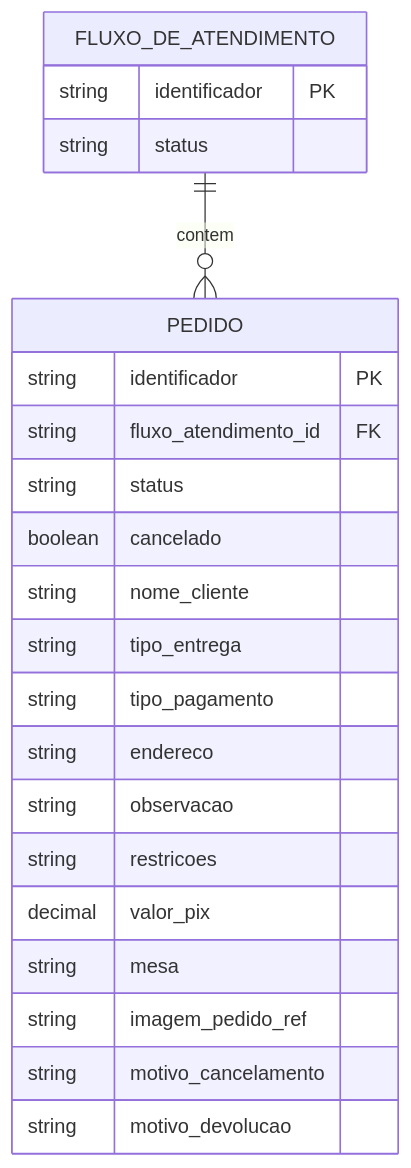
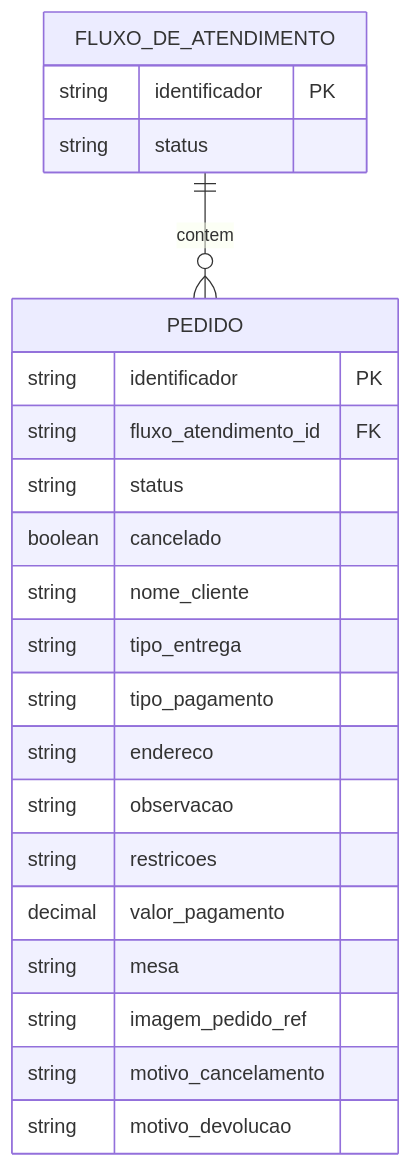
One commit to wmadurodev/forno-da-serra-controle-atendimento-v02 changed the diagram in docs/controle-atendimento-data-structure.md. Above: the diagram before and after it, drawn with Mermaid. The commit also changed other lines of this file and 2 other files, not shown here.

````diff
--- a/docs/controle-atendimento-data-structure.md
+++ b/docs/controle-atendimento-data-structure.md
@@ -18,25 +18,25 @@
 ```mermaid
 erDiagram
     FLUXO_DE_ATENDIMENTO ||--o{ PEDIDO : contem
     FLUXO_DE_ATENDIMENTO {
         string identificador PK
         string status
     }
     PEDIDO {
         string identificador PK
         string fluxo_atendimento_id FK
         string status
         boolean cancelado
         string nome_cliente
         string tipo_entrega
         string tipo_pagamento
         string endereco
         string observacao
         string restricoes
-        decimal valor_pix
+        decimal valor_pagamento
         string mesa
         string imagem_pedido_ref
         string motivo_cancelamento
         string motivo_devolucao
     }
 ```
````
